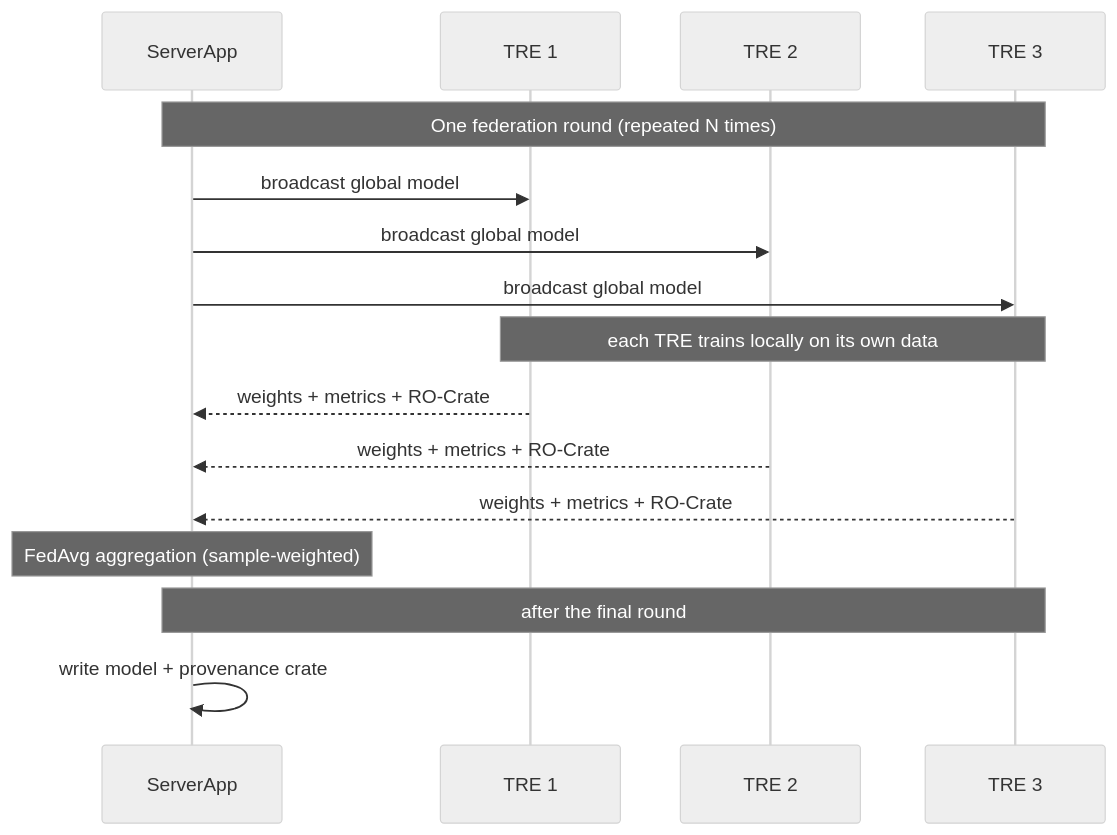
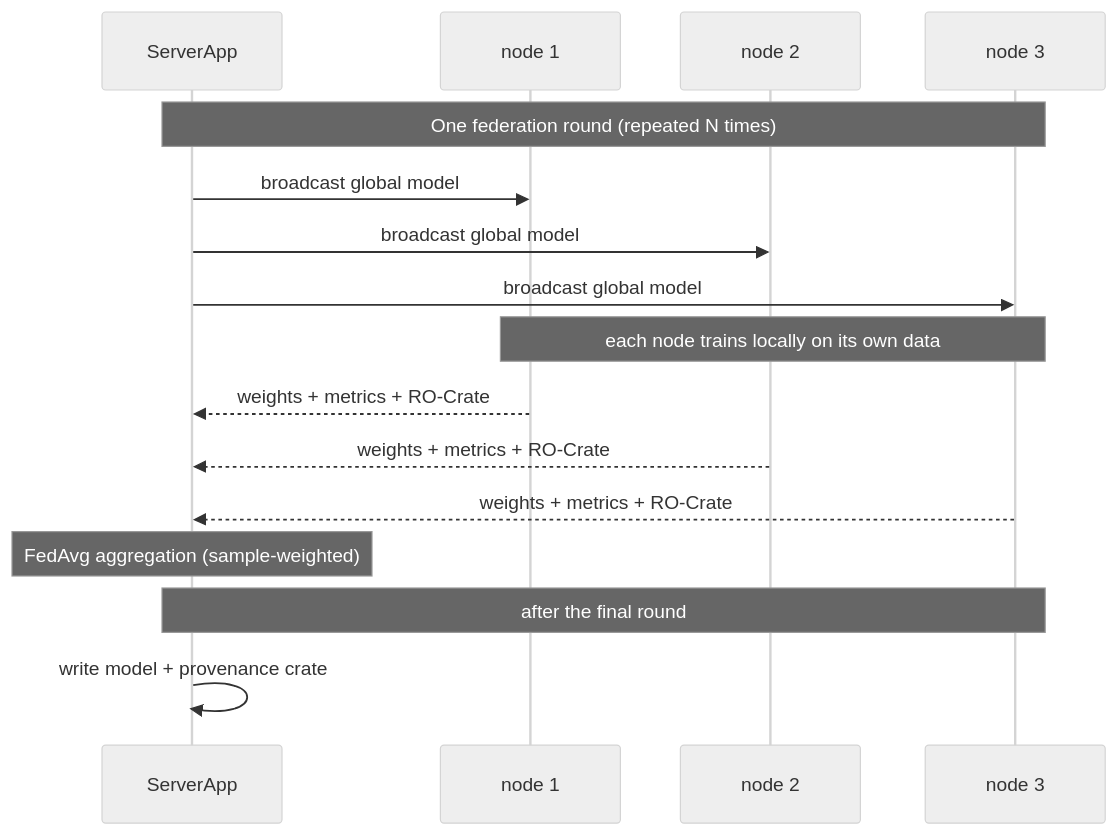
Before and after one commit to Thomas-Rowlands/Fed-A-Crate-Demo: the second of 2 diagrams in README.md, drawn with Mermaid (neutral theme). The commit also changed other lines of this file and 9 other files, not shown here.

````diff
--- a/README.md
+++ b/README.md
@@ -97,24 +97,24 @@
 ```mermaid
 sequenceDiagram
     participant S as ServerApp
-    participant T1 as TRE 1
-    participant T2 as TRE 2
-    participant T3 as TRE 3
+    participant T1 as node 1
+    participant T2 as node 2
+    participant T3 as node 3
 
     Note over S,T3: One federation round (repeated N times)
 
     S->>T1: broadcast global model
     S->>T2: broadcast global model
     S->>T3: broadcast global model
 
-    Note over T1,T3: each TRE trains locally on its own data
+    Note over T1,T3: each node trains locally on its own data
 
     T1-->>S: weights + metrics + RO-Crate
     T2-->>S: weights + metrics + RO-Crate
     T3-->>S: weights + metrics + RO-Crate
 
     Note over S: FedAvg aggregation (sample-weighted)
 
     Note over S,T3: after the final round
     S->>S: write model + provenance crate
 ```
````
